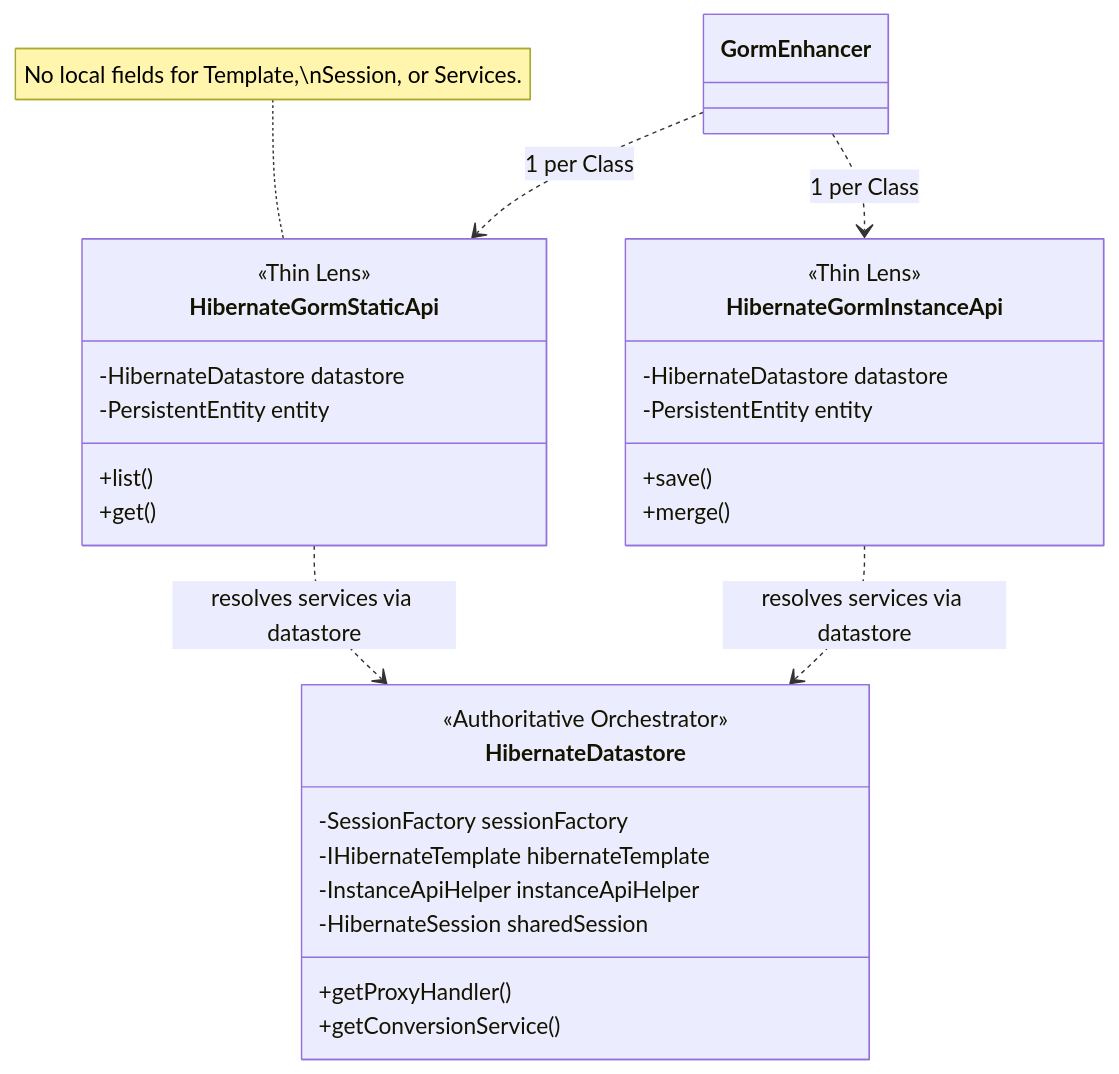
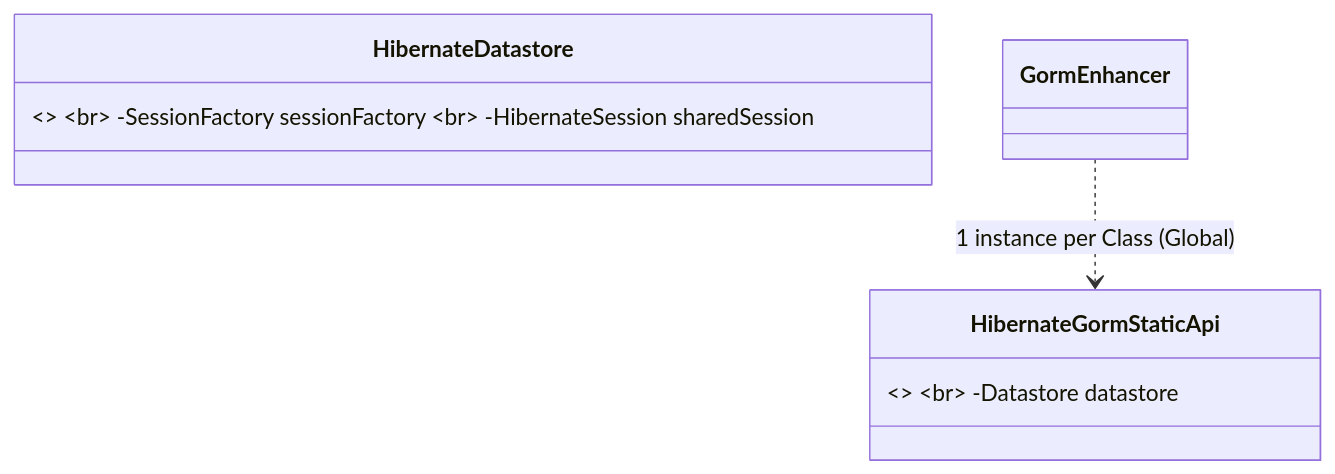
The second of 2 diagrams in grails-data-hibernate7/ISSUES.md (apache/grails-core), drawn with Mermaid before and after one commit. The commit also changed other lines of this file, not shown here.

Commit message:
docs: consolidate GORM scalability analysis and multi-tenancy risk profiles

````diff
--- a/grails-data-hibernate7/ISSUES.md
+++ b/grails-data-hibernate7/ISSUES.md
@@ -97,36 +93,6 @@
 ```mermaid
 classDiagram
-    class HibernateDatastore {
-        <<Authoritative Orchestrator>>
-        -SessionFactory sessionFactory
-        -IHibernateTemplate hibernateTemplate
-        -InstanceApiHelper instanceApiHelper
-        -HibernateSession sharedSession
-        +getProxyHandler()
-        +getConversionService()
-    }
-
-    class HibernateGormStaticApi {
-        <<Thin Lens>>
-        -HibernateDatastore datastore
-        -PersistentEntity entity
-        +list()
-        +get()
-    }
-
-    class HibernateGormInstanceApi {
-        <<Thin Lens>>
-        -HibernateDatastore datastore
-        -PersistentEntity entity
-        +save()
-        +merge()
-    }
-
-    GormEnhancer ..> HibernateGormStaticApi : 1 per Class
-    GormEnhancer ..> HibernateGormInstanceApi : 1 per Class
-    
-    HibernateGormStaticApi ..> HibernateDatastore : resolves services via datastore
-    HibernateGormInstanceApi ..> HibernateDatastore : resolves services via datastore
-    
-    note for HibernateGormStaticApi "No local fields for Template,\nSession, or Services."
+    class HibernateDatastore { <<Orchestrator>> <br> -SessionFactory sessionFactory <br> -HibernateSession sharedSession }
+    class HibernateGormStaticApi { <<Thin Lens>> <br> -Datastore datastore }
+    GormEnhancer ..> HibernateGormStaticApi : 1 instance per Class (Global)
 ```
````
